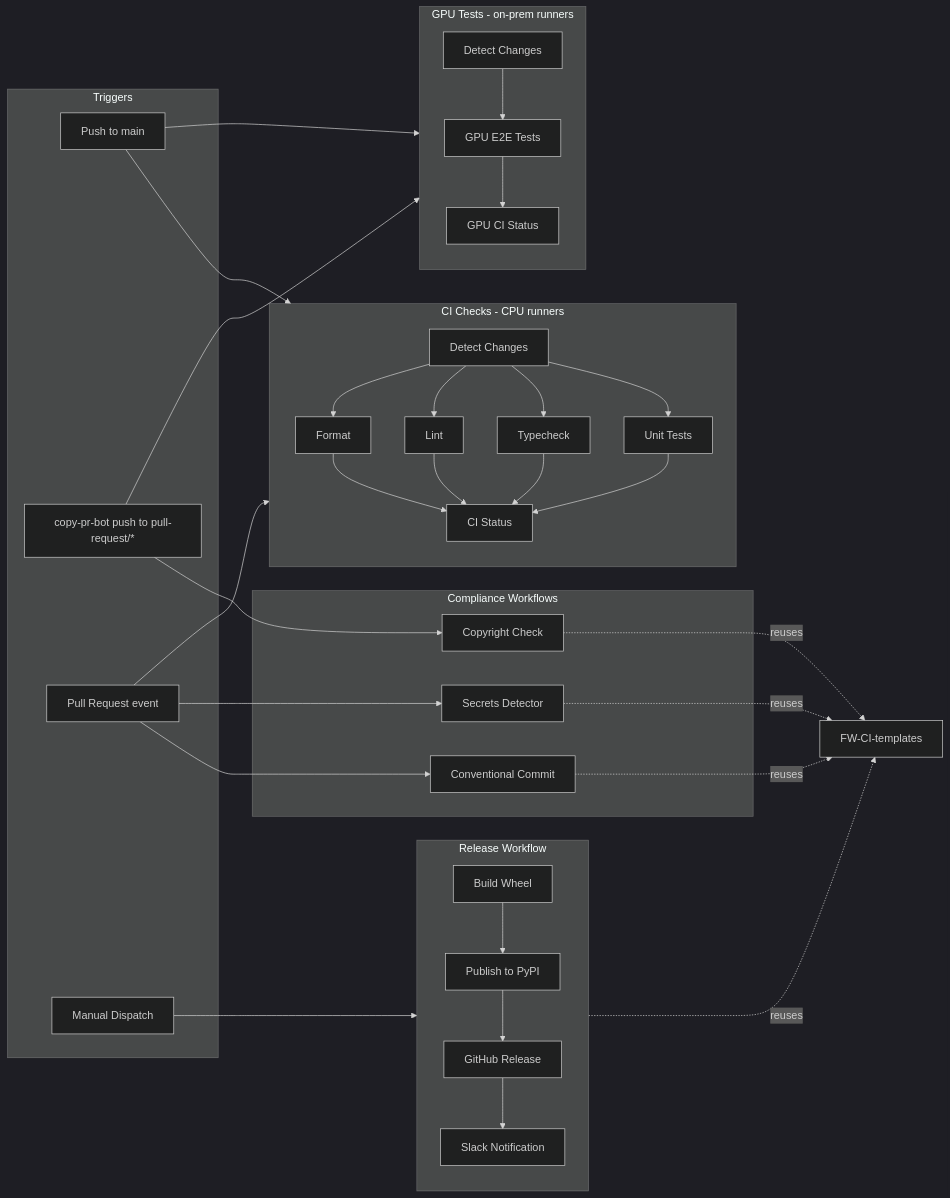
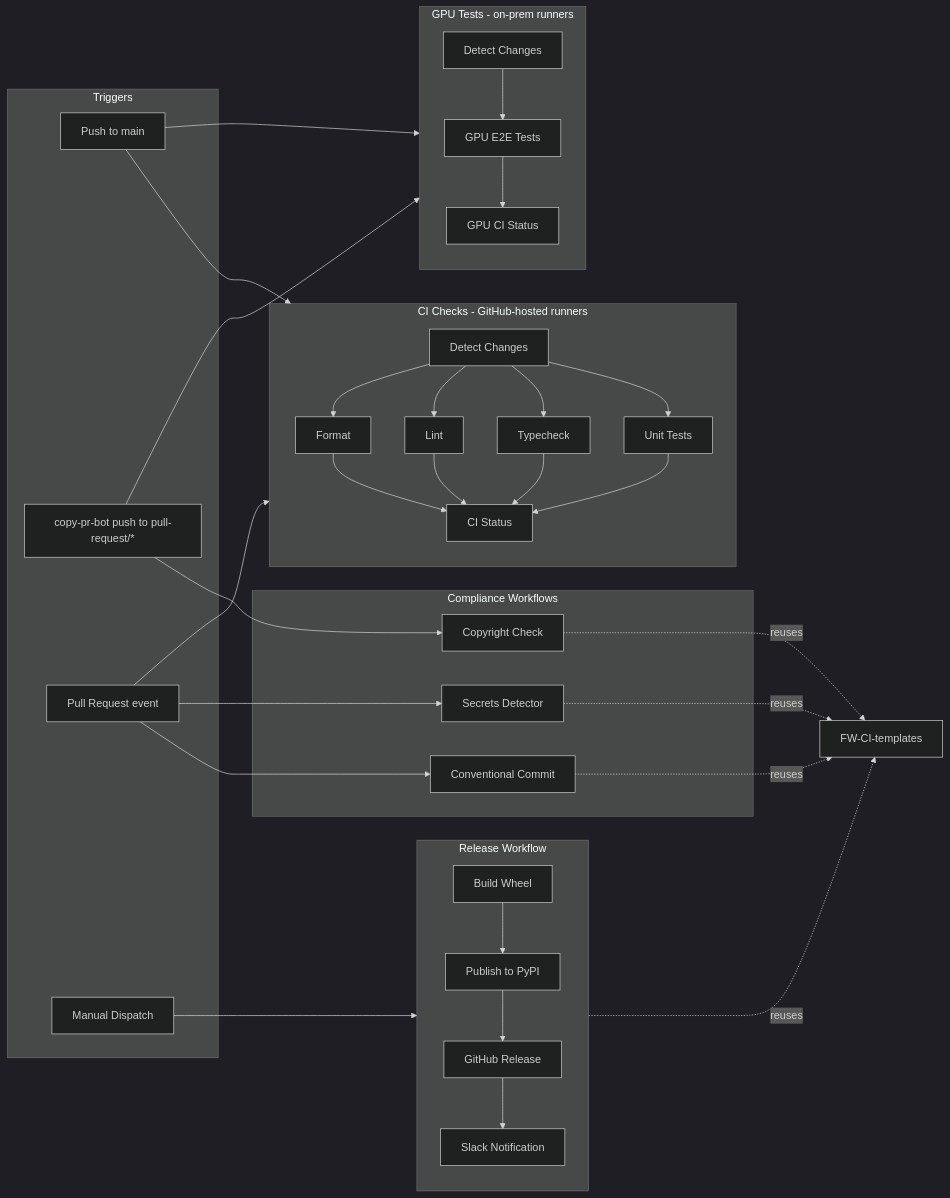
One commit to NVIDIA-NeMo/Safe-Synthesizer changed the diagram in .github/workflows/README.md. Above: the diagram before and after it, drawn with Mermaid (dark theme). The commit also changed other lines of this file and 1 other file, not shown here.

Commit message:
chore: update to use normal runners

````diff
--- a/.github/workflows/README.md
+++ b/.github/workflows/README.md
@@ -34,52 +34,52 @@
 ```mermaid
 flowchart LR
     subgraph triggers [Triggers]
         push[Push to main]
         cpb[copy-pr-bot push to pull-request/*]
         pr[Pull Request event]
         manual[Manual Dispatch]
     end
 
-    subgraph ci [CI Checks - CPU runners]
+    subgraph ci [CI Checks - GitHub-hosted runners]
         changes_ci[Detect Changes]
         format[Format]
         lint[Lint]
         typecheck[Typecheck]
         unit[Unit Tests]
         ci_status[CI Status]
         changes_ci --> format & lint & typecheck & unit
         format & lint & typecheck & unit --> ci_status
     end
 
     subgraph gpu [GPU Tests - on-prem runners]
         changes_gpu[Detect Changes]
         e2e[GPU E2E Tests]
         gpu_status[GPU CI Status]
         changes_gpu --> e2e --> gpu_status
     end
 
     subgraph compliance [Compliance Workflows]
         conventional[Conventional Commit]
         secrets[Secrets Detector]
         copyright[Copyright Check]
     end
 
     subgraph release [Release Workflow]
         buildWheel[Build Wheel]
         publishPyPI[Publish to PyPI]
         ghRelease[GitHub Release]
         slackNotify[Slack Notification]
     end
 
     push --> ci & gpu
     cpb --> gpu & copyright
     pr --> ci & conventional & secrets
     manual --> release
 
     buildWheel --> publishPyPI --> ghRelease --> slackNotify
 
     conventional -.->|reuses| FW-CI-templates
     secrets -.->|reuses| FW-CI-templates
     copyright -.->|reuses| FW-CI-templates
     release -.->|reuses| FW-CI-templates
 ```
````
